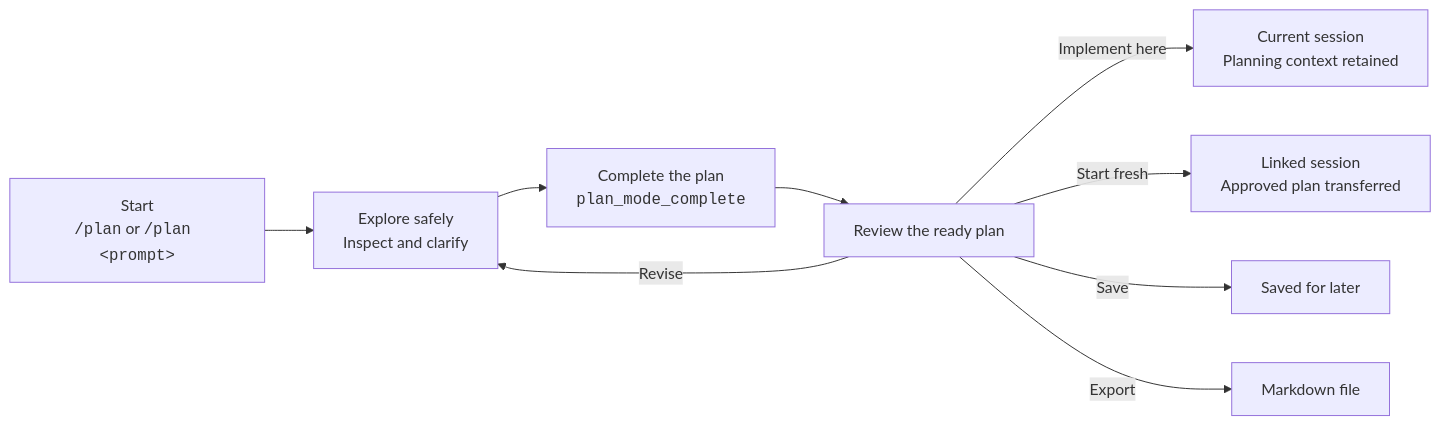
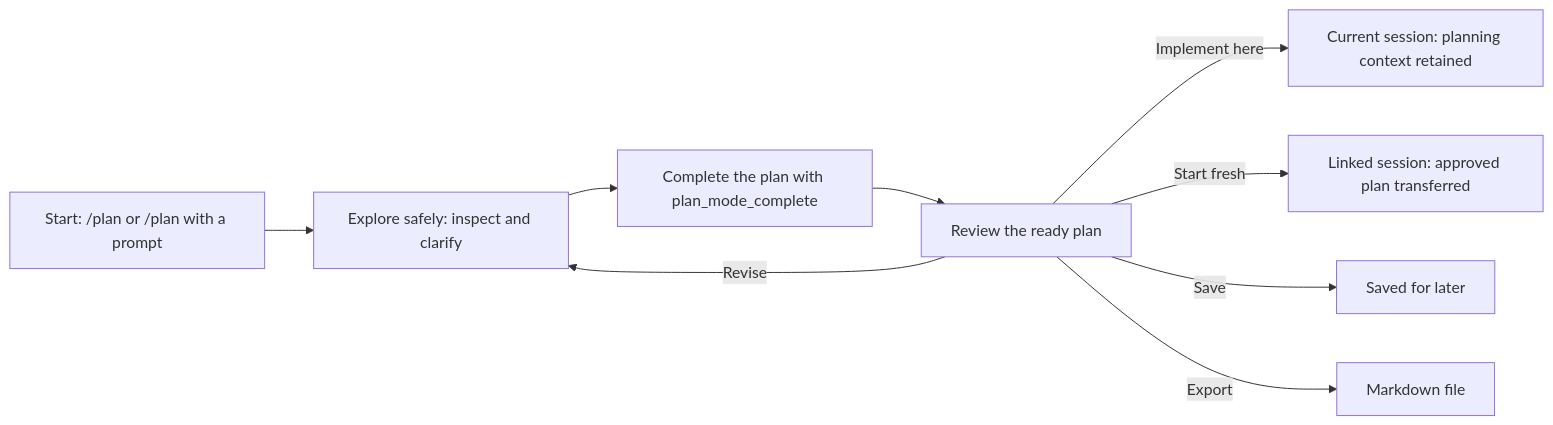
The first of 2 diagrams in README.md (hao3039032/pi-plan-mode), drawn with Mermaid before and after one commit.

Commit message:
docs(plan-mode): use portable Mermaid labels

````diff
--- a/README.md
+++ b/README.md
@@ -53,11 +53,12 @@
 ```mermaid
 flowchart LR
-    start["Start<br/><code>/plan</code> or <code>/plan &lt;prompt&gt;</code>"] --> explore["Explore safely<br/>Inspect and clarify"]
-    explore --> complete["Complete the plan<br/><code>plan_mode_complete</code>"]
+    start["Start: /plan or /plan with a prompt"]
+    start --> explore["Explore safely: inspect and clarify"]
+    explore --> complete["Complete the plan with plan_mode_complete"]
     complete --> review["Review the ready plan"]
     review -->|Revise| explore
-    review -->|Implement here| current["Current session<br/>Planning context retained"]
-    review -->|Start fresh| fresh["Linked session<br/>Approved plan transferred"]
+    review -->|Implement here| current["Current session: planning context retained"]
+    review -->|Start fresh| fresh["Linked session: approved plan transferred"]
     review -->|Save| saved["Saved for later"]
     review -->|Export| exported["Markdown file"]
 ```
````
